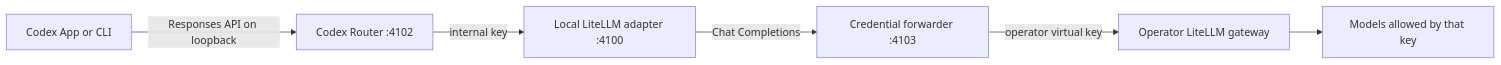
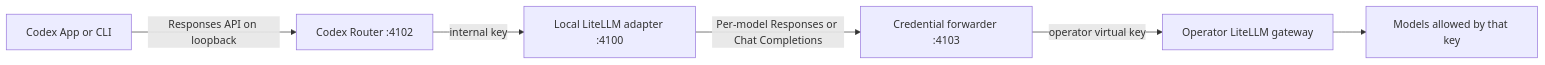
Before and after one commit to mavalko13/codex-router-litellm: the diagram in docs/LITELLM-GATEWAY.md, drawn with Mermaid. The commit also changed other lines of this file and 43 other files, not shown here.

````diff
--- a/docs/LITELLM-GATEWAY.md
+++ b/docs/LITELLM-GATEWAY.md
@@ -16,8 +16,8 @@
 ```mermaid
 flowchart LR
   C["Codex App or CLI"] -->|"Responses API on loopback"| R["Codex Router :4102"]
   R -->|"internal key"| L["Local LiteLLM adapter :4100"]
-  L -->|"Chat Completions"| F["Credential forwarder :4103"]
+  L -->|"Per-model Responses or Chat Completions"| F["Credential forwarder :4103"]
   F -->|"operator virtual key"| G["Operator LiteLLM gateway"]
   G --> M["Models allowed by that key"]
 ```
````
